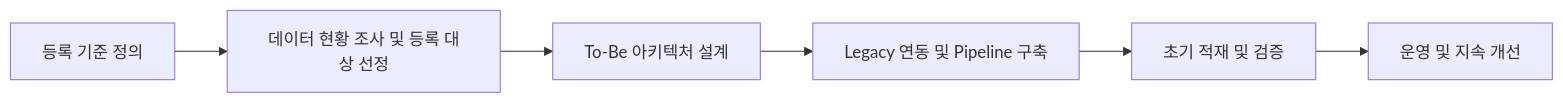
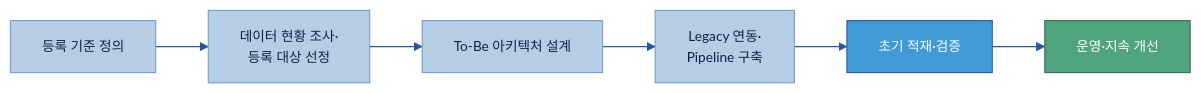
One commit to jin-kearney/ai-ready-data-manual changed the third of 7 diagrams in 가이드 작성/A-1 데이터 카탈로그/A-1 데이터 카탈로그.md. Above: the diagram before and after it, drawn with Mermaid. The commit also changed other lines of this file and 3 other files, not shown here.

First line of the commit message:
docs(A-1·A-2·A-3·B-2): 콘텐츠 보강 — 본문 디테일·다이어그램·표 (B-1·B-3 수준)

````diff
--- a/가이드 작성/A-1 데이터 카탈로그/A-1 데이터 카탈로그.md
+++ b/가이드 작성/A-1 데이터 카탈로그/A-1 데이터 카탈로그.md
@@ -538,10 +593,8 @@
 ```mermaid
+%%{init: {'theme':'base','themeVariables':{'primaryColor':'#DCE8F5','primaryBorderColor':'#2456A4','primaryTextColor':'#10243f','lineColor':'#2456A4','fontSize':'13px'}}}%%
 flowchart LR
-
-A[등록 기준 정의]
--->B[데이터 현황 조사 및 등록 대상 선정]
--->C[To-Be 아키텍처 설계]
--->D[Legacy 연동 및 Pipeline 구축]
--->E[초기 적재 및 검증]
--->F[운영 및 지속 개선]
+    A[등록 기준 정의]:::n --> B[데이터 현황 조사·<br/>등록 대상 선정]:::n --> C[To-Be 아키텍처 설계]:::n --> D[Legacy 연동·<br/>Pipeline 구축]:::n --> E[초기 적재·검증]:::gate --> F[운영·지속 개선]:::loop
+    classDef n fill:#B7CDE6,stroke:#6B9AD1,color:#10243f;
+    classDef gate fill:#3F9BD4,stroke:#2456A4,color:#fff;
+    classDef loop fill:#4FA47D,stroke:#2f6b50,color:#fff;
 ```
````
